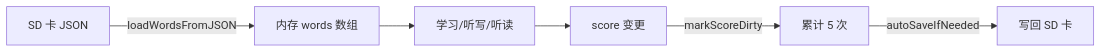
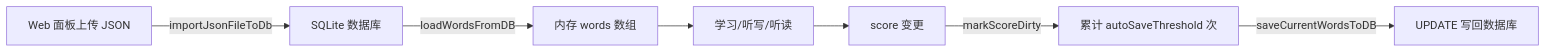
Before and after one commit to Mr-xiaotian/WordCardputer: the diagram in docs/DataFormat.md, drawn with Mermaid. The commit also changed other lines of this file and 13 other files, not shown here.

````diff
--- a/docs/DataFormat.md
+++ b/docs/DataFormat.md
@@ -137,8 +159,9 @@
 ```mermaid
 flowchart LR
-    A[SD 卡 JSON] -->|loadWordsFromJSON| B[内存 words 数组]
+    A[SQLite 数据库] -->|loadWordsFromDB| B[内存 words 数组]
     B --> C[学习/听写/听读]
     C --> D[score 变更]
-    D -->|markScoreDirty| E[累计 5 次]
-    E -->|autoSaveIfNeeded| F[写回 SD 卡]
+    D -->|markScoreDirty| E[累计 autoSaveThreshold 次]
+    E -->|saveCurrentWordsToDB| F[UPDATE 写回数据库]
+    G[Web 面板上传 JSON] -->|importJsonFileToDb| A
 ```
````
